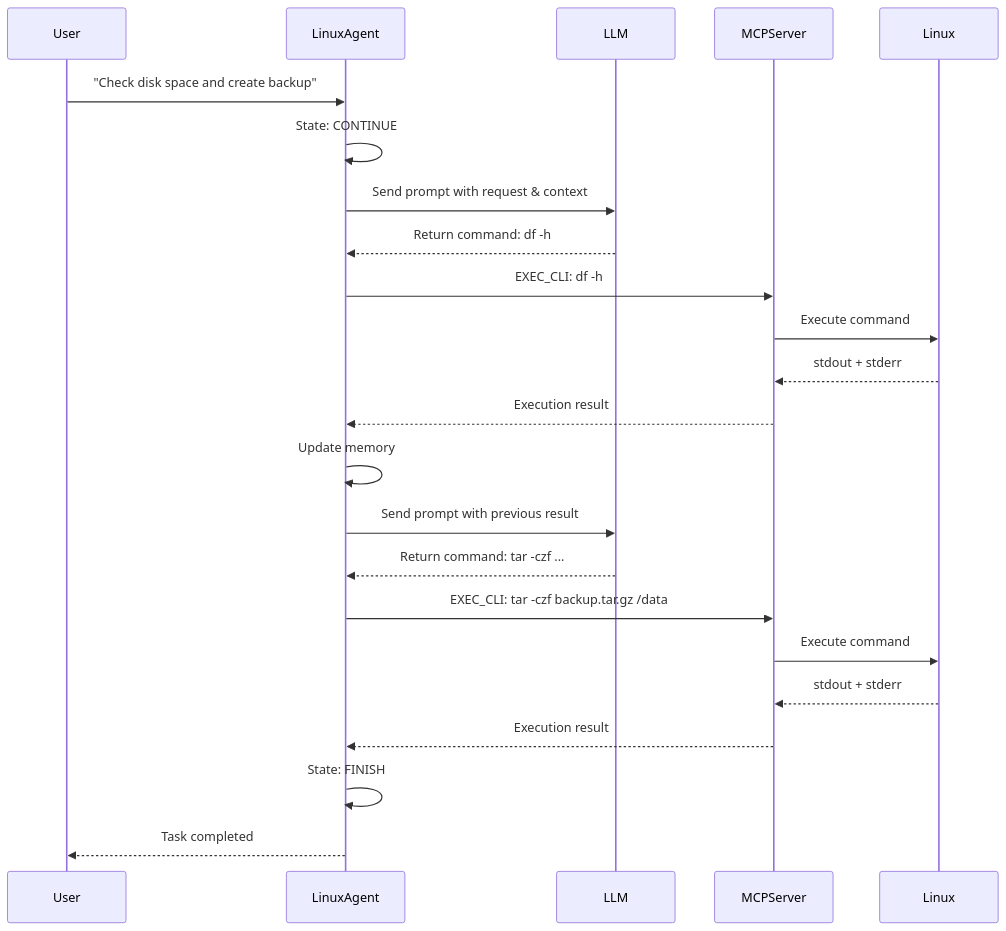
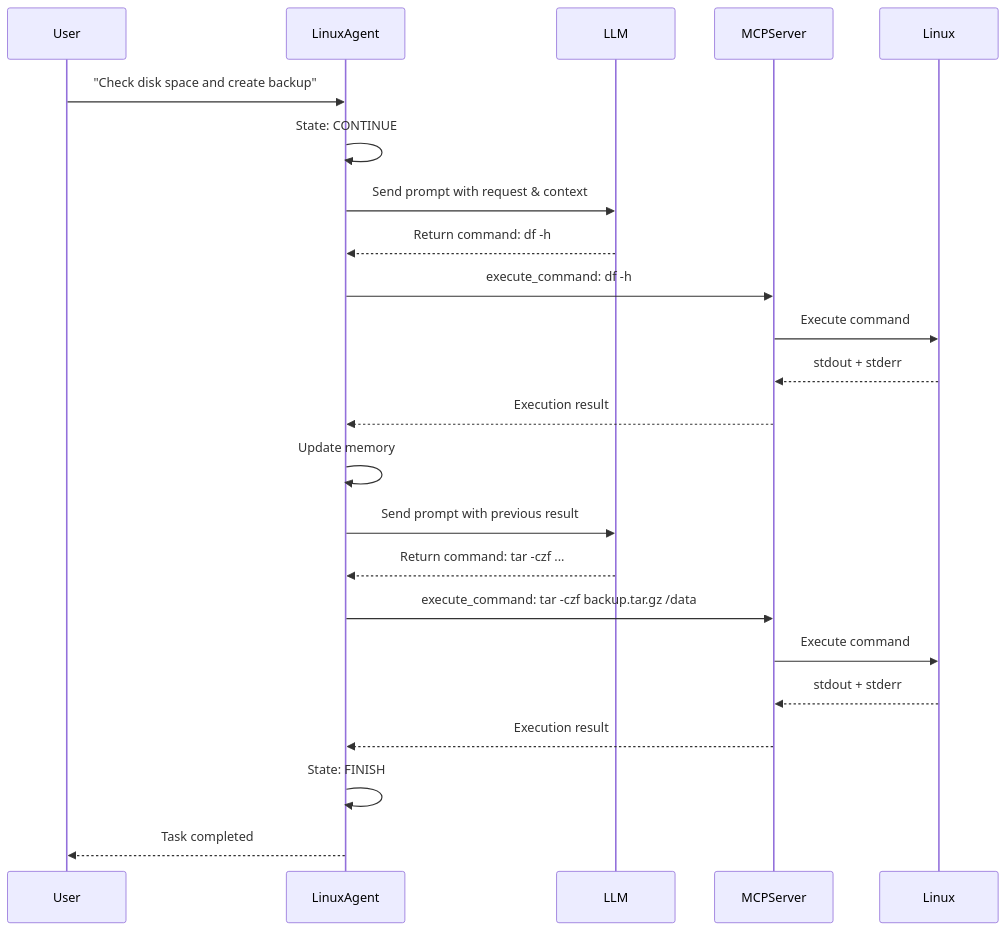
The diagram in documents/docs/linux/overview.md (microsoft/UFO), drawn with Mermaid before and after one commit. The commit also changed other lines of this file and 4 other files, not shown here.

Commit message:
optimize for linux agent doc

````diff
--- a/documents/docs/linux/overview.md
+++ b/documents/docs/linux/overview.md
@@ -63,27 +54,27 @@
 ```mermaid
 sequenceDiagram
     participant User
     participant LinuxAgent
     participant LLM
     participant MCPServer
     participant Linux
     
     User->>LinuxAgent: "Check disk space and create backup"
     LinuxAgent->>LinuxAgent: State: CONTINUE
     LinuxAgent->>LLM: Send prompt with request & context
     LLM-->>LinuxAgent: Return command: df -h
-    LinuxAgent->>MCPServer: EXEC_CLI: df -h
+    LinuxAgent->>MCPServer: execute_command: df -h
     MCPServer->>Linux: Execute command
     Linux-->>MCPServer: stdout + stderr
     MCPServer-->>LinuxAgent: Execution result
     LinuxAgent->>LinuxAgent: Update memory
     
     LinuxAgent->>LLM: Send prompt with previous result
     LLM-->>LinuxAgent: Return command: tar -czf ...
-    LinuxAgent->>MCPServer: EXEC_CLI: tar -czf backup.tar.gz /data
+    LinuxAgent->>MCPServer: execute_command: tar -czf backup.tar.gz /data
     MCPServer->>Linux: Execute command
     Linux-->>MCPServer: stdout + stderr
     MCPServer-->>LinuxAgent: Execution result
     LinuxAgent->>LinuxAgent: State: FINISH
     LinuxAgent-->>User: Task completed
 ```
````
